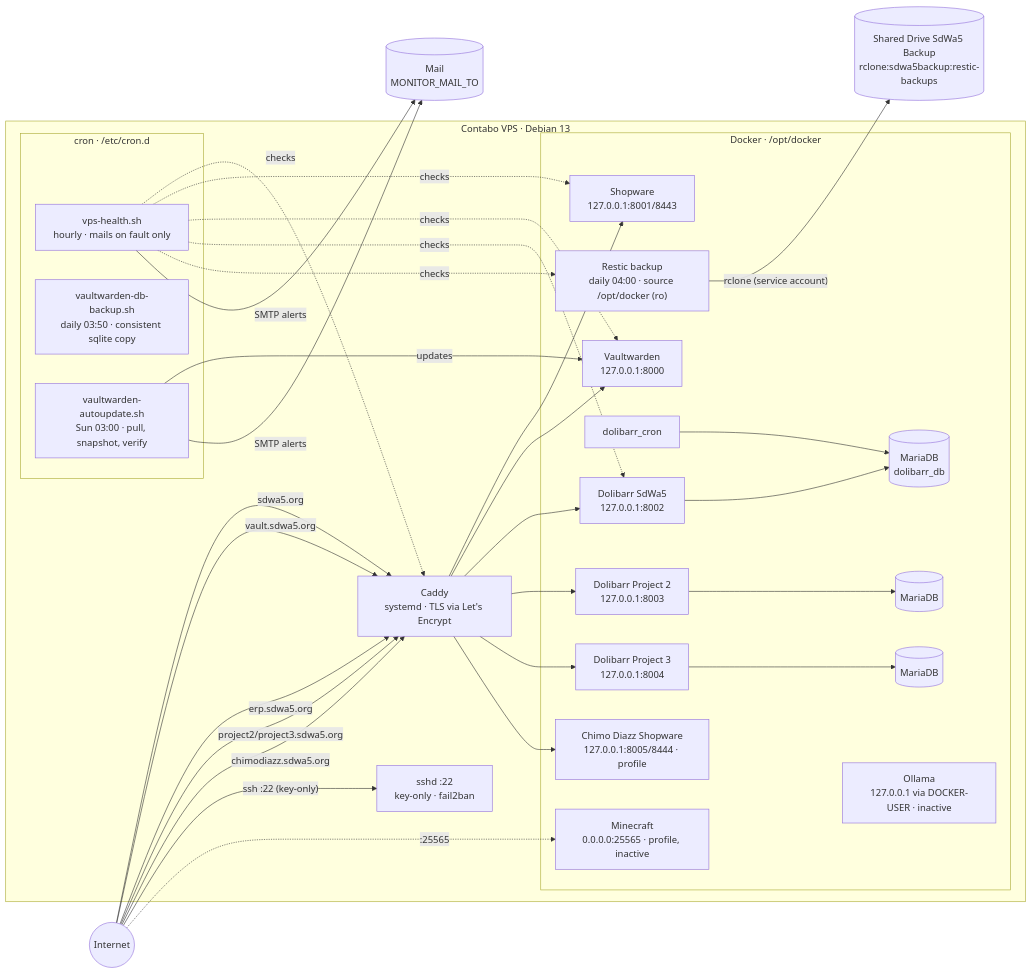
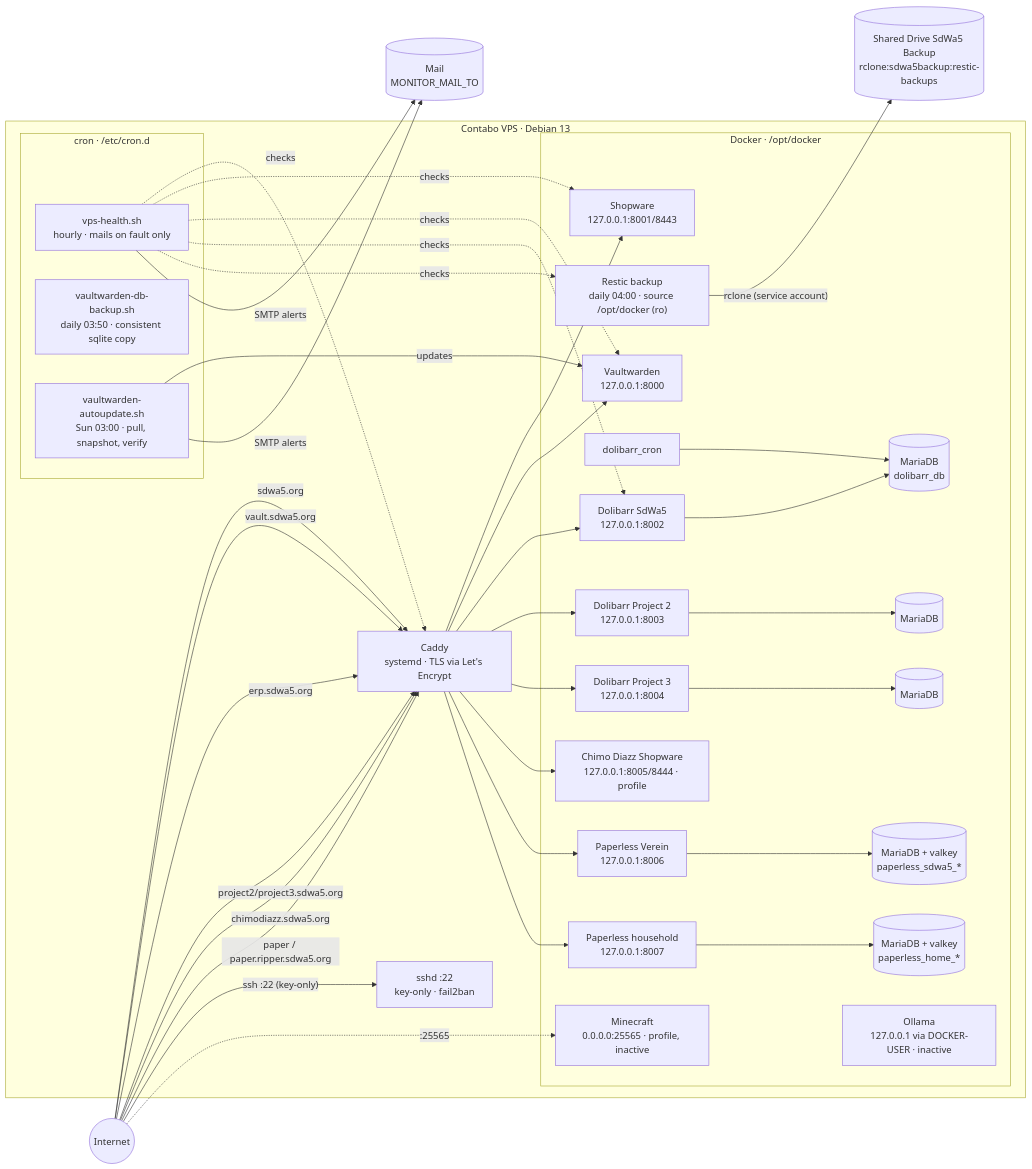
Before and after one commit to SdWa5/vps: the diagram in docs/infrastructure.md, drawn with Mermaid. The commit also changed other lines of this file and 26 other files, not shown here.

First line of the commit message:
feature/paperless sdwa5/sdwa5-vps 1.84.0

````diff
--- a/docs/infrastructure.md
+++ b/docs/infrastructure.md
@@ -7,52 +7,60 @@
 ```mermaid
 flowchart LR
     U((Internet))
 
     subgraph vps ["Contabo VPS · Debian 13"]
         C["Caddy<br/>systemd · TLS via Let's Encrypt"]
 
         subgraph docker ["Docker · /opt/docker"]
             SW["Shopware<br/>127.0.0.1:8001/8443"]
             VW["Vaultwarden<br/>127.0.0.1:8000"]
             DL["Dolibarr SdWa5<br/>127.0.0.1:8002"]
             DLC["dolibarr_cron"]
             DLDB[("MariaDB<br/>dolibarr_db")]
             P2["Dolibarr Project 2<br/>127.0.0.1:8003"]
             P2DB[("MariaDB")]
             P3["Dolibarr Project 3<br/>127.0.0.1:8004"]
             CDW["Chimo Diazz Shopware<br/>127.0.0.1:8005/8444 · profile"]
             P3DB[("MariaDB")]
+            PL["Paperless Verein<br/>127.0.0.1:8006"]
+            PLDB[("MariaDB + valkey<br/>paperless_sdwa5_*")]
+            PH["Paperless household<br/>127.0.0.1:8007"]
+            PHDB[("MariaDB + valkey<br/>paperless_home_*")]
             OL["Ollama<br/>127.0.0.1 via DOCKER-USER · inactive"]
             MC["Minecraft<br/>0.0.0.0:25565 · profile, inactive"]
             RS["Restic backup<br/>daily 04:00 · source /opt/docker (ro)"]
         end
 
         subgraph cron ["cron · /etc/cron.d"]
             HC["vps-health.sh<br/>hourly · mails on fault only"]
             DB["vaultwarden-db-backup.sh<br/>daily 03:50 · consistent sqlite copy"]
             AU["vaultwarden-autoupdate.sh<br/>Sun 03:00 · pull, snapshot, verify"]
         end
 
         SSHD["sshd :22<br/>key-only · fail2ban"]
     end
 
     GD[("Shared Drive SdWa5 Backup<br/>rclone:sdwa5backup:restic-backups")]
     U -- " sdwa5.org " --> C
     U -- " vault.sdwa5.org " --> C
     U -- " erp.sdwa5.org " --> C
     U -- " project2/project3.sdwa5.org " --> C
     U -- " chimodiazz.sdwa5.org " --> C
+    U -- " paper / paper.ripper.sdwa5.org " --> C
     U -- " ssh :22 (key-only) " --> SSHD
     U -. " :25565 " .-> MC
     C --> SW & VW & DL
     C --> P2 & P3
     C --> CDW
+    C --> PL & PH
+    PL --> PLDB
+    PH --> PHDB
     DL --> DLDB
     DLC --> DLDB
     P2 --> P2DB
     P3 --> P3DB
     RS -- " rclone (service account) " --> GD
     HC -. " checks " .-> C & SW & VW & DL & RS
     AU -- " updates " --> VW
     HC & AU -- " SMTP alerts " --> MB[("Mail<br/>MONITOR_MAIL_TO")]
 ```
````
